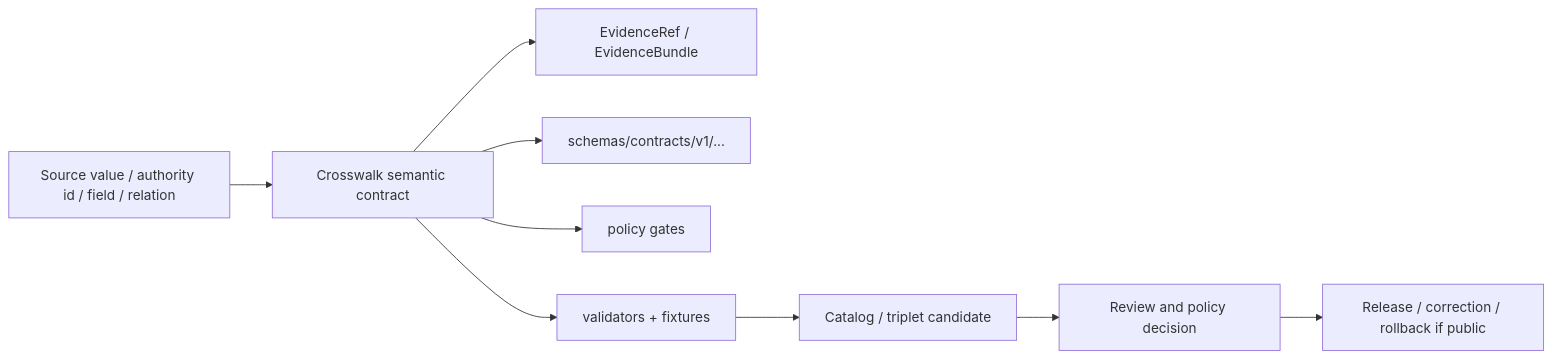
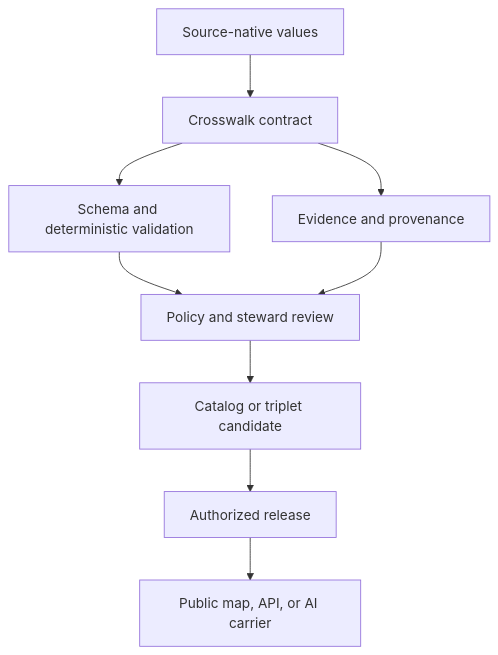
The diagram in contracts/crosswalks/README.md (bartytime4life/Kansas-Frontier-Matrix), drawn with Mermaid before and after one commit. The commit also changed other lines of this file, not shown here.

Commit message:
docs(crosswalks): reconcile contract inventory

````diff
--- a/contracts/crosswalks/README.md
+++ b/contracts/crosswalks/README.md
@@ -232,11 +203,11 @@
 ```mermaid
-flowchart LR
-  SOURCE[Source value / authority id / field / relation] --> CONTRACT[Crosswalk semantic contract]
-  CONTRACT --> EVID[EvidenceRef / EvidenceBundle]
-  CONTRACT --> SCHEMA[schemas/contracts/v1/...]
-  CONTRACT --> POLICY[policy gates]
-  CONTRACT --> VALIDATE[validators + fixtures]
-  VALIDATE --> CATALOG[Catalog / triplet candidate]
-  CATALOG --> REVIEW[Review and policy decision]
-  REVIEW --> RELEASE[Release / correction / rollback if public]
+flowchart TD
+  A[Source-native values] --> B[Crosswalk contract]
+  B --> C[Schema and deterministic validation]
+  B --> D[Evidence and provenance]
+  C --> E[Policy and steward review]
+  D --> E
+  E --> F[Catalog or triplet candidate]
+  F --> G[Authorized release]
+  G --> H[Public map, API, or AI carrier]
 ```
````
